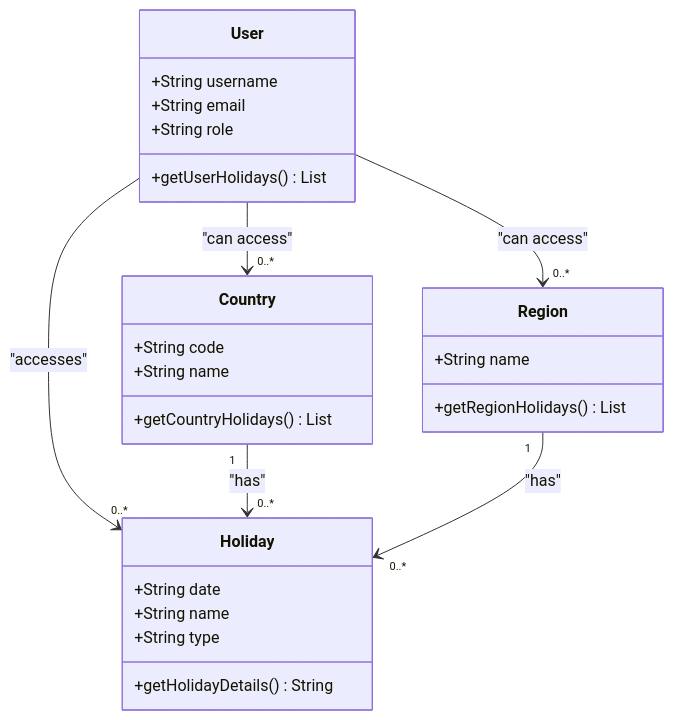
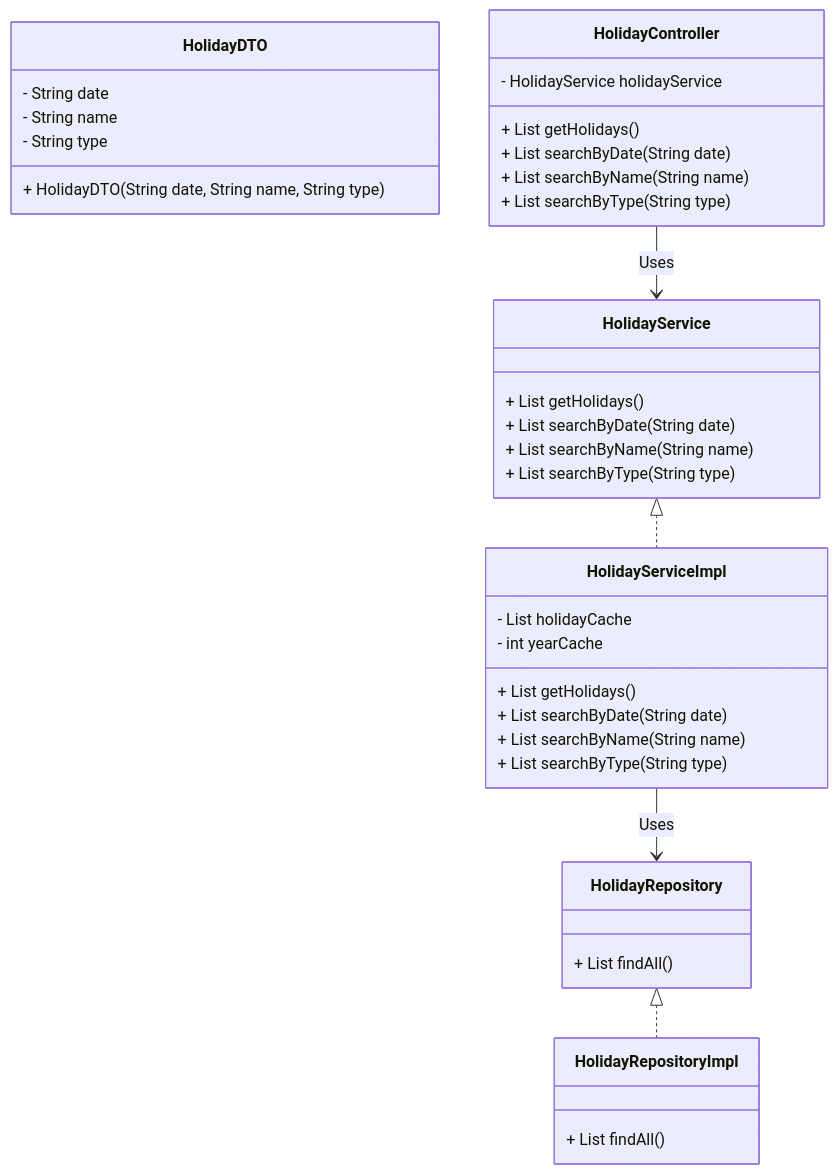
Before and after one commit to RLC02/LuminaraDays: the diagram in README.md, drawn with Mermaid.

````diff
--- a/README.md
+++ b/README.md
@@ -6,30 +6,63 @@
 ```mermaid
 classDiagram
-    class Holiday {
-        +String date
-        +String name
-        +String type
-        +getHolidayDetails() String
-    }
-    class Country {
-        +String code
-        +String name
-        +getCountryHolidays() List<Holiday>
-    }
-    class Region {
-        +String name
-        +getRegionHolidays() List<Holiday>
-    }
-    class User {
-        +String username
-        +String email
-        +String role
-        +getUserHolidays() List<Holiday>
+    direction TB
+
+    %% ===============================
+    %% DTO
+    %% ===============================
+    class HolidayDTO {
+        - String date
+        - String name
+        - String type
+        + HolidayDTO(String date, String name, String type)
     }
 
-    User --> "0..*" Holiday : "accesses"
-    Country "1" --> "0..*" Holiday : "has"
-    Region "1" --> "0..*" Holiday : "has"
-    User --> "0..*" Region : "can access"
-    User --> "0..*" Country : "can access"
+    %% ===============================
+    %% Repository
+    %% ===============================
+    class HolidayRepository {
+        + List<HolidayDTO> findAll()
+    }
+
+    class HolidayRepositoryImpl {
+        + List<HolidayDTO> findAll()
+    }
+
+    HolidayRepository <|.. HolidayRepositoryImpl
+
+    %% ===============================
+    %% Service
+    %% ===============================
+    class HolidayService {
+        + List<HolidayDTO> getHolidays()
+        + List<HolidayDTO> searchByDate(String date)
+        + List<HolidayDTO> searchByName(String name)
+        + List<HolidayDTO> searchByType(String type)
+    }
+
+    class HolidayServiceImpl {
+        - List<HolidayDTO> holidayCache
+        - int yearCache
+        + List<HolidayDTO> getHolidays()
+        + List<HolidayDTO> searchByDate(String date)
+        + List<HolidayDTO> searchByName(String name)
+        + List<HolidayDTO> searchByType(String type)
+    }
+
+    HolidayService <|.. HolidayServiceImpl
+    HolidayServiceImpl --> HolidayRepository : Uses
+
+    %% ===============================
+    %% Controller
+    %% ===============================
+    class HolidayController {
+        - HolidayService holidayService
+        + List<HolidayDTO> getHolidays()
+        + List<HolidayDTO> searchByDate(String date)
+        + List<HolidayDTO> searchByName(String name)
+        + List<HolidayDTO> searchByType(String type)
+    }
+
+    HolidayController --> HolidayService : Uses
+
 ```
````
